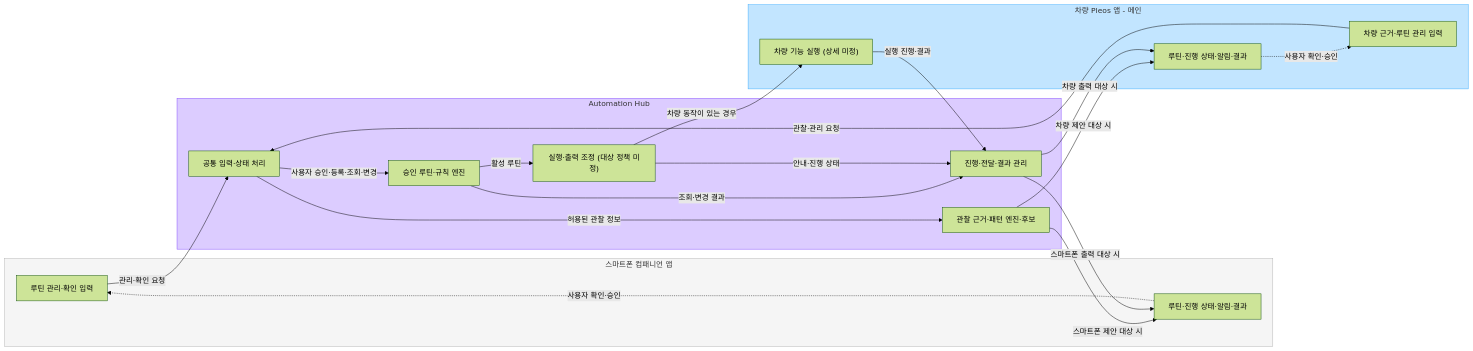
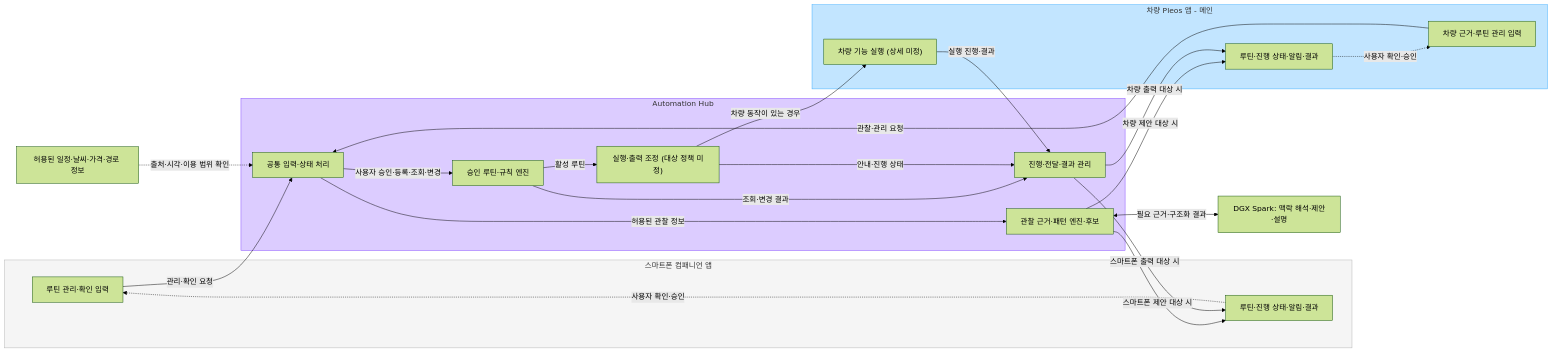
The first of 2 diagrams in docs/architecture/README.md (devdubu/ruple), drawn with Mermaid (forest theme) before and after one commit. The commit also changed other lines of this file and 7 other files, not shown here.

Commit message:
docs: confirm Ruple architecture and delivery baseline

````diff
--- a/docs/architecture/README.md
+++ b/docs/architecture/README.md
@@ -43,42 +46,46 @@
 ```mermaid
-%% 프로젝트 설계 초안. 근거: 현재 대화의 4개 입출력 시나리오와 차량 메인·스마트폰 컴패니언 역할 지정.
+%% 2026-10-26 확정한 역할 기준. 전체 배치·작업·검증 상태는 상위 개발 계획 참조.
 %% 논리 책임 구분이며 배포 단위나 기술 스택을 지정하지 않음.
 %% 미정: 사용자 연결, 출력 대상 정책, 구체 차량 기능과 권한.
 flowchart LR
     subgraph phone ["스마트폰 컴패니언 앱"]
         phoneInput["루틴 관리·확인 입력"]
         phoneOutput["루틴·진행 상태·알림·결과"]
     end
     subgraph hub ["Automation Hub"]
         hubInput["공통 입력·상태 처리"]
         hubPattern["관찰 근거·패턴 엔진·후보"]
         hubRoutine["승인 루틴·규칙 엔진"]
         hubDispatch["실행·출력 조정 (대상 정책 미정)"]
         hubResult["진행·전달·결과 관리"]
     end
     subgraph vehicle ["차량 Pleos 앱 - 메인"]
         vehicleInput["차량 근거·루틴 관리 입력"]
         vehicleOutput["루틴·진행 상태·알림·결과"]
         vehicleAction["차량 기능 실행 (상세 미정)"]
     end
+    inference["DGX Spark: 맥락 해석·제안·설명"]
+    external["허용된 일정·날씨·가격·경로 정보"]
 
     phoneInput -->|"관리·확인 요청"| hubInput
     vehicleInput -->|"관찰·관리 요청"| hubInput
     hubInput -->|"허용된 관찰 정보"| hubPattern
+    external -.->|"출처·시각·이용 범위 확인"| hubInput
+    hubPattern <-->|"필요 근거·구조화 결과"| inference
     hubInput -->|"사용자 승인·등록·조회·변경"| hubRoutine
     hubPattern -->|"스마트폰 제안 대상 시"| phoneOutput
     hubPattern -->|"차량 제안 대상 시"| vehicleOutput
     phoneOutput -.->|"사용자 확인·승인"| phoneInput
     vehicleOutput -.->|"사용자 확인·승인"| vehicleInput
     hubRoutine -->|"활성 루틴"| hubDispatch
     hubRoutine -->|"조회·변경 결과"| hubResult
     hubDispatch -->|"안내·진행 상태"| hubResult
     hubDispatch -->|"차량 동작이 있는 경우"| vehicleAction
     vehicleAction -->|"실행 진행·결과"| hubResult
     hubResult -->|"스마트폰 출력 대상 시"| phoneOutput
     hubResult -->|"차량 출력 대상 시"| vehicleOutput
 
     style phone fill:#F5F5F5,stroke:#B3B3B3
     style hub fill:#DCCCFF,stroke:#874FFF
     style vehicle fill:#C2E5FF,stroke:#3DADFF
 ```
````
